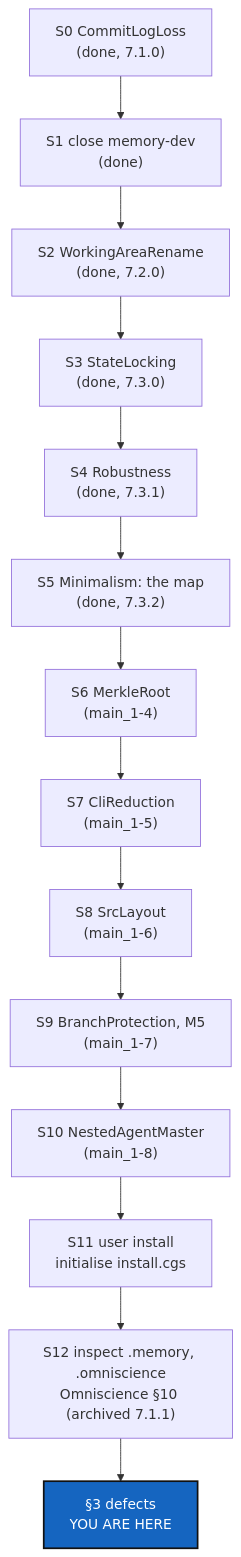
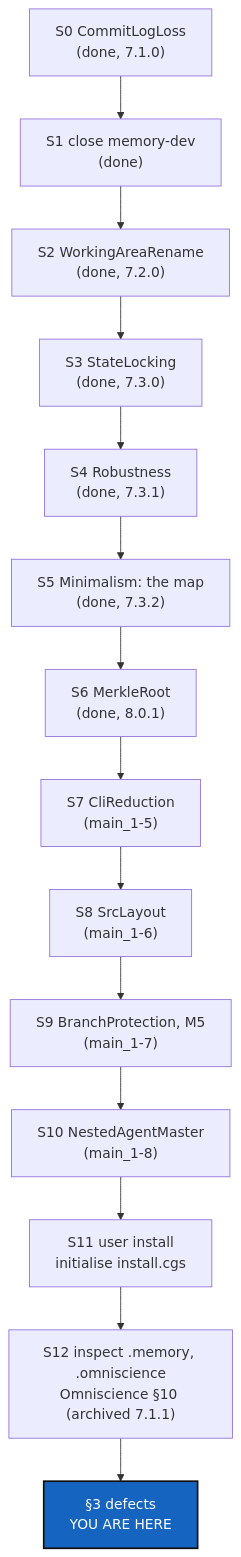
The diagram in DevTickets/openTickets/main_1-1_BeforeBeta_DevPlanTicket.md (flipoyo/.dev), drawn with Mermaid before and after one commit. The commit also changed other lines of this file and 3 other files, not shown here.

````diff
--- a/DevTickets/openTickets/main_1-1_BeforeBeta_DevPlanTicket.md
+++ b/DevTickets/openTickets/main_1-1_BeforeBeta_DevPlanTicket.md
@@ -147,19 +147,19 @@
 ```mermaid
 graph TD
     S0["S0 CommitLogLoss<br/>(done, 7.1.0)"] --> S1["S1 close memory-dev<br/>(done)"]
     S1 --> S2["S2 WorkingAreaRename<br/>(done, 7.2.0)"]
     S2 --> S3["S3 StateLocking<br/>(done, 7.3.0)"]
     S3 --> S4["S4 Robustness<br/>(done, 7.3.1)"]
     S4 --> S5["S5 Minimalism: the map<br/>(done, 7.3.2)"]
-    S5 --> S6["S6 MerkleRoot<br/>(main_1-4)"]
+    S5 --> S6["S6 MerkleRoot<br/>(done, 8.0.1)"]
     S6 --> S7["S7 CliReduction<br/>(main_1-5)"]
     S7 --> S8["S8 SrcLayout<br/>(main_1-6)"]
     S8 --> S9["S9 BranchProtection, M5<br/>(main_1-7)"]
     S9 --> S10["S10 NestedAgentMaster<br/>(main_1-8)"]
     S10 --> S11["S11 user install<br/>initialise install.cgs"]
     S11 --> S12["S12 inspect .memory, .omniscience<br/>Omniscience §10 (archived 7.1.1)"]
     S12 --> R["§3 defects<br/>YOU ARE HERE"]
 
     classDef here fill:#1565C0,color:#fff,stroke:#111,stroke-width:2px;
     class R here;
 ```
````
